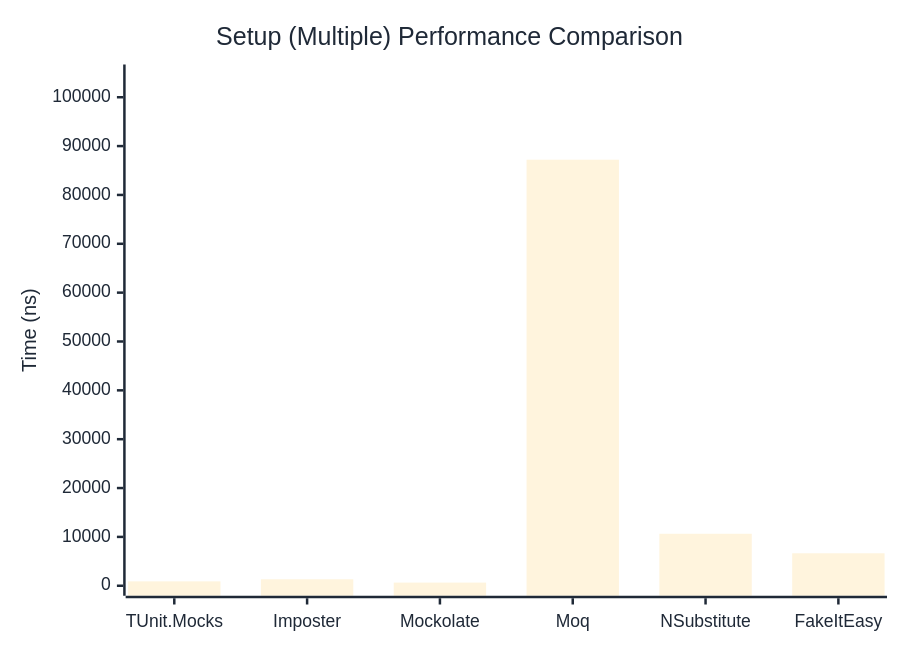
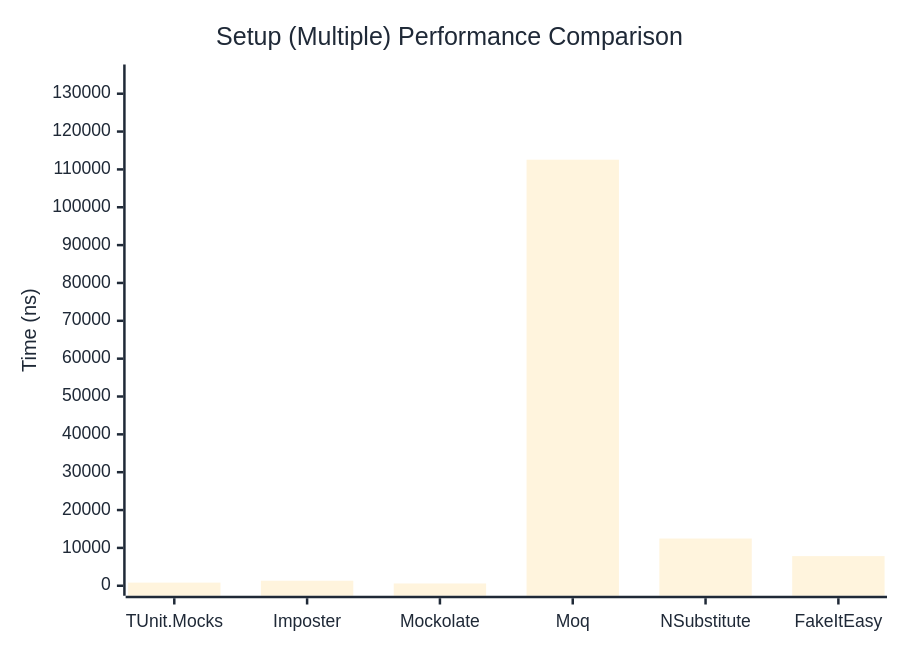
The second of 2 diagrams in docs/docs/benchmarks/mocks/Setup.md (thomhurst/TUnit), drawn with Mermaid before and after one commit. The commit also changed other lines of this file and 13 other files, not shown here.

````diff
--- a/docs/docs/benchmarks/mocks/Setup.md
+++ b/docs/docs/benchmarks/mocks/Setup.md
@@ -69,27 +69,27 @@
 ```mermaid
 %%{init: {
   'theme':'base',
   'themeVariables': {
     'primaryColor': '#2563eb',
     'primaryTextColor': '#1f2937',
     'primaryBorderColor': '#1e40af',
     'lineColor': '#6b7280',
     'secondaryColor': '#7c3aed',
     'tertiaryColor': '#dc2626',
     'background': '#ffffff',
     'pie1': '#2563eb',
     'pie2': '#7c3aed',
     'pie3': '#dc2626',
     'pie4': '#f59e0b',
     'pie5': '#10b981',
     'pie6': '#06b6d4',
     'pie7': '#ec4899',
     'pie8': '#6366f1'
   }
 }}%%
 xychart-beta
   title "Setup (Multiple) Performance Comparison"
   x-axis ["TUnit.Mocks", "Imposter", "Mockolate", "Moq", "NSubstitute", "FakeItEasy"]
-  y-axis "Time (ns)" 0 --> 104653
-  bar [897.1, 1327.8, 645.2, 87210.5, 10642, 6644.8]
+  y-axis "Time (ns)" 0 --> 135075
+  bar [828.7, 1324.3, 602.4, 112561.8, 12472.1, 7836.2]
 ```
````
